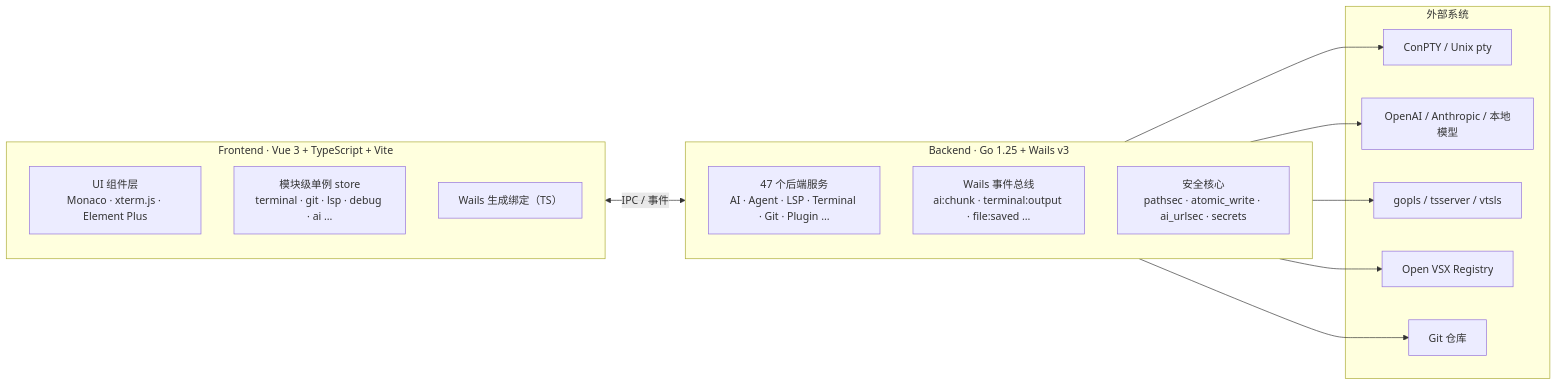
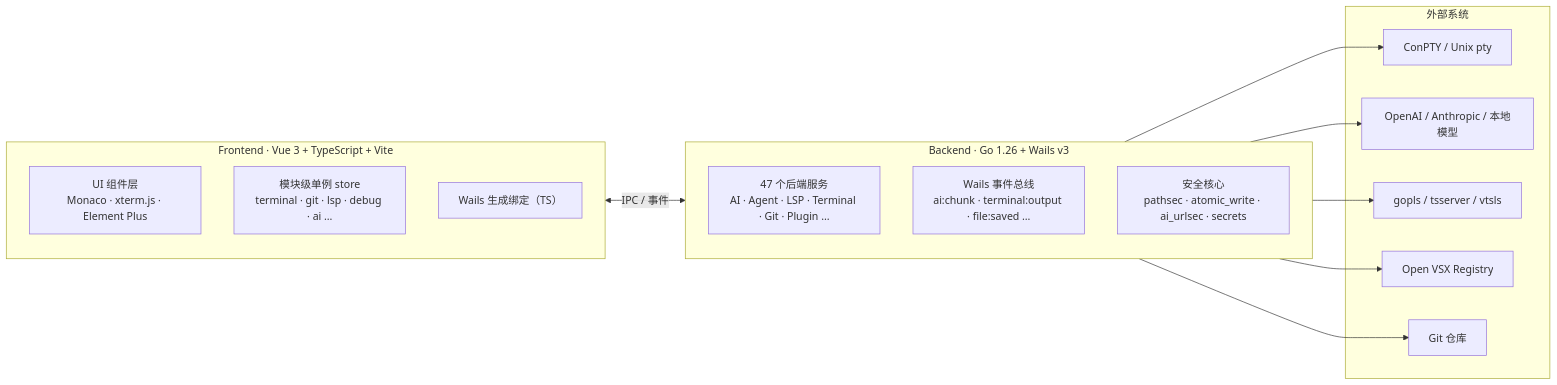
One commit to CuTeLiTTleBraids-Geek-studio/koyori-ide changed the diagram in README.md. Above: the diagram before and after it, drawn with Mermaid. The commit also changed other lines of this file and 25 other files, not shown here.

````diff
--- a/README.md
+++ b/README.md
@@ -150,22 +150,22 @@
 ```mermaid
 flowchart LR
     subgraph FE["Frontend · Vue 3 + TypeScript + Vite"]
         UI["UI 组件层<br/>Monaco · xterm.js · Element Plus"]
         ST["模块级单例 store<br/>terminal · git · lsp · debug · ai …"]
         API["Wails 生成绑定（TS）"]
     end
-    subgraph BE["Backend · Go 1.25 + Wails v3"]
+    subgraph BE["Backend · Go 1.26 + Wails v3"]
         SVC["47 个后端服务<br/>AI · Agent · LSP · Terminal · Git · Plugin …"]
         EV["Wails 事件总线<br/>ai:chunk · terminal:output · file:saved …"]
         SEC["安全核心<br/>pathsec · atomic_write · ai_urlsec · secrets"]
     end
     subgraph EXT["外部系统"]
         PTY["ConPTY / Unix pty"]
         AIAPI["OpenAI / Anthropic / 本地模型"]
         LS["gopls / tsserver / vtsls"]
         VSX["Open VSX Registry"]
         GIT["Git 仓库"]
     end
     FE <-->|IPC / 事件| BE
     BE --> PTY & AIAPI & LS & VSX & GIT
 ```
````
